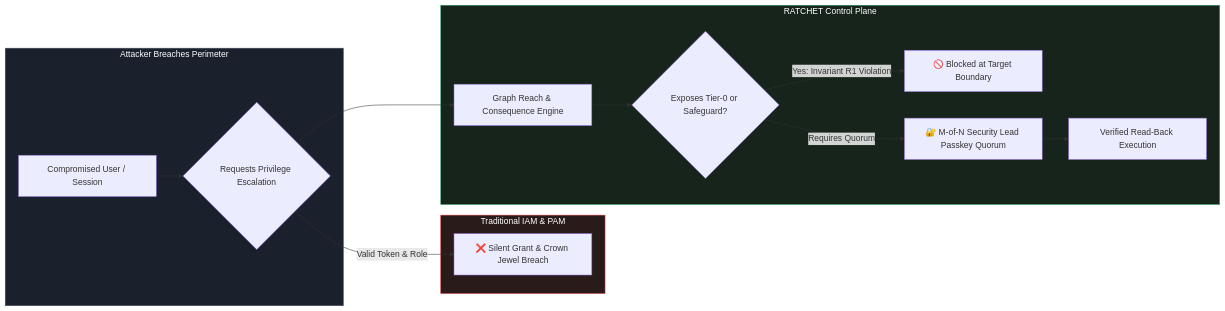
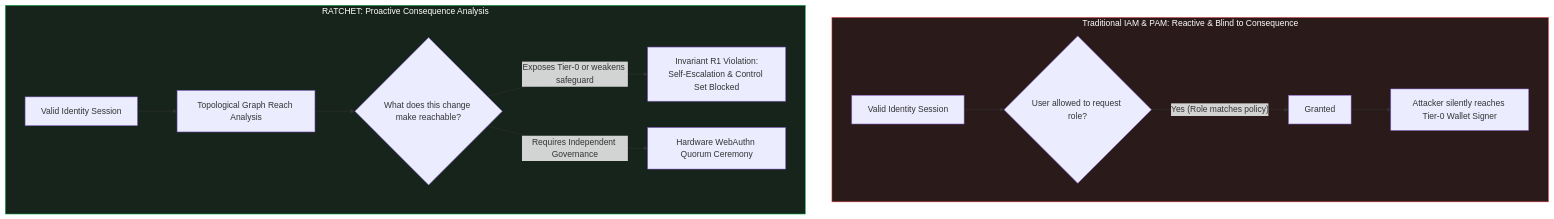
Before and after one commit to sakararya43-web/Ratchet: the second of 4 diagrams in README.md, drawn with Mermaid. The commit also changed other lines of this file, not shown here.

Commit message:
docs(readme): structure sections for hackathon submission (at a glance, the problem, why ratchet, how it works, tech stack, repo layout, honest limits)

````diff
--- a/README.md
+++ b/README.md
@@ -31,22 +77,18 @@
 ```mermaid
-flowchart LR
-    subgraph Inside["Attacker Breaches Perimeter"]
-        A["Compromised User / Session"] --> B{"Requests Privilege Escalation"}
+flowchart TD
+    subgraph Traditional["Traditional IAM & PAM: Reactive & Blind to Consequence"]
+        T1["Valid Identity Session"] --> T2{"User allowed to request role?"}
+        T2 -->|"Yes (Role matches policy)"| T3["Granted"]
+        T3 --> T4["Attacker silently reaches Tier-0 Wallet Signer"]
     end
 
-    subgraph Legacy["Traditional IAM & PAM"]
-        B -->|"Valid Token & Role"| C["❌ Silent Grant & Crown Jewel Breach"]
+    subgraph RATCHET_Approach["RATCHET: Proactive Consequence Analysis"]
+        R1["Valid Identity Session"] --> R2["Topological Graph Reach Analysis"]
+        R2 --> R3{"What does this change make reachable?"}
+        R3 -->|"Exposes Tier-0 or weakens safeguard"| R4["Invariant R1 Violation:<br/>Self-Escalation & Control Set Blocked"]
+        R3 -->|"Requires Independent Governance"| R5["Hardware WebAuthn Quorum Ceremony"]
     end
 
-    subgraph RATCHET_Plane["RATCHET Control Plane"]
-        B --> D["Graph Reach & Consequence Engine"]
-        D --> E{"Exposes Tier-0 or Safeguard?"}
-        E -->|"Yes: Invariant R1 Violation"| F["🚫 Blocked at Target Boundary"]
-        E -->|"Requires Quorum"| G["🔐 M-of-N Security Lead Passkey Quorum"]
-        G --> H["Verified Read-Back Execution"]
-    end
-
-    style Legacy fill:#2a1b1b,stroke:#e53e3e,color:#fff
-    style RATCHET_Plane fill:#16241b,stroke:#38a169,color:#fff
-    style Inside fill:#1a202c,stroke:#4a5568,color:#fff
+    style Traditional fill:#2a1a1a,stroke:#ef4444,color:#fff
+    style RATCHET_Approach fill:#16241b,stroke:#22c55e,color:#fff
 ```
````
